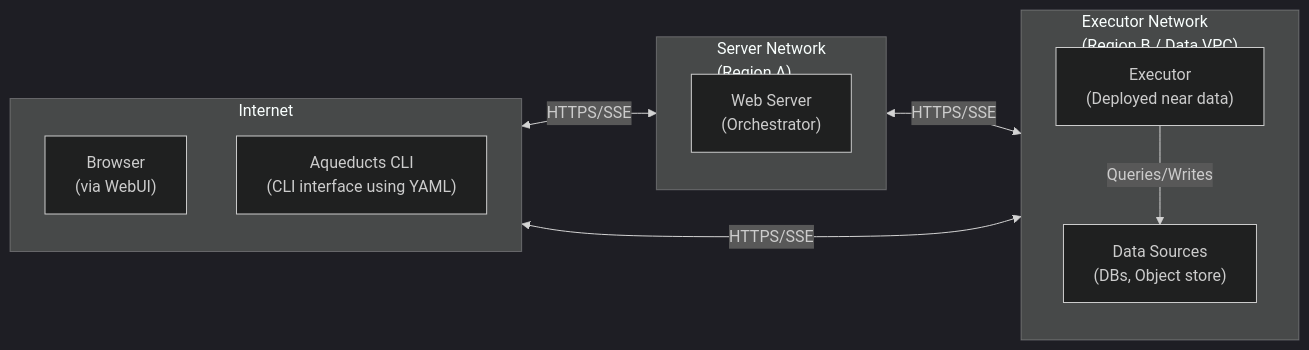
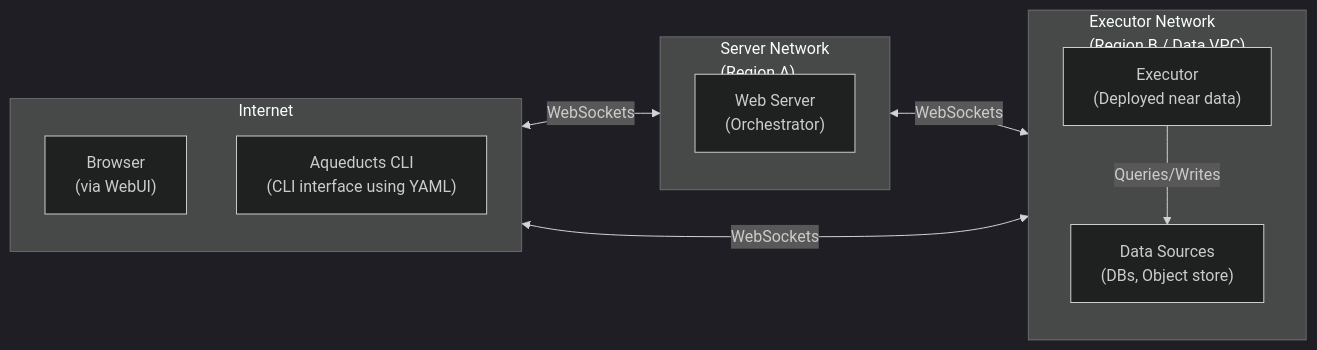
One commit to vigimite/aqueducts changed the diagram in ARCHITECTURE.md. Above: the diagram before and after it, drawn with Mermaid (dark theme). The commit also changed other lines of this file and 6 other files, not shown here.

````diff
--- a/ARCHITECTURE.md
+++ b/ARCHITECTURE.md
@@ -18,34 +18,34 @@
 ```mermaid
 flowchart LR
   %% Internet (Client)
   subgraph Internet[Internet]
     direction TB
     WebClient["Browser<br/>(via WebUI)"]
     CliClient["Aqueducts CLI<br/>(CLI interface using YAML)"]
   end
 
   %% Server Network (Region A)
   subgraph RegionA["Server Network<br/>(Region A)"]
     direction TB
     WebServer["Web Server<br/>(Orchestrator)"]
   end
 
   %% Executor Network (Region B / Data VPC)
   subgraph RegionB["Executor Network<br/>(Region B / Data VPC)"]
     direction TB
     Executor["Executor<br/>(Deployed near data)"]
     Data["Data Sources<br/>(DBs, Object store)"]
   end
 
   %% Client ↔ Server
-  WebClient <-- HTTPS/SSE --> WebServer
+  WebClient <-- WebSockets --> WebServer
 
   %% Client ↔ Executor (direct CLI)
-  CliClient <-- HTTPS/SSE --> Executor
+  CliClient <-- WebSockets --> Executor
 
   %% Server ↔ Executor
-  WebServer <-- HTTPS/SSE --> Executor
+  WebServer <-- WebSockets --> Executor
 
   %% Data Processing
   Executor -- Queries/Writes --> Data
 ```
````
